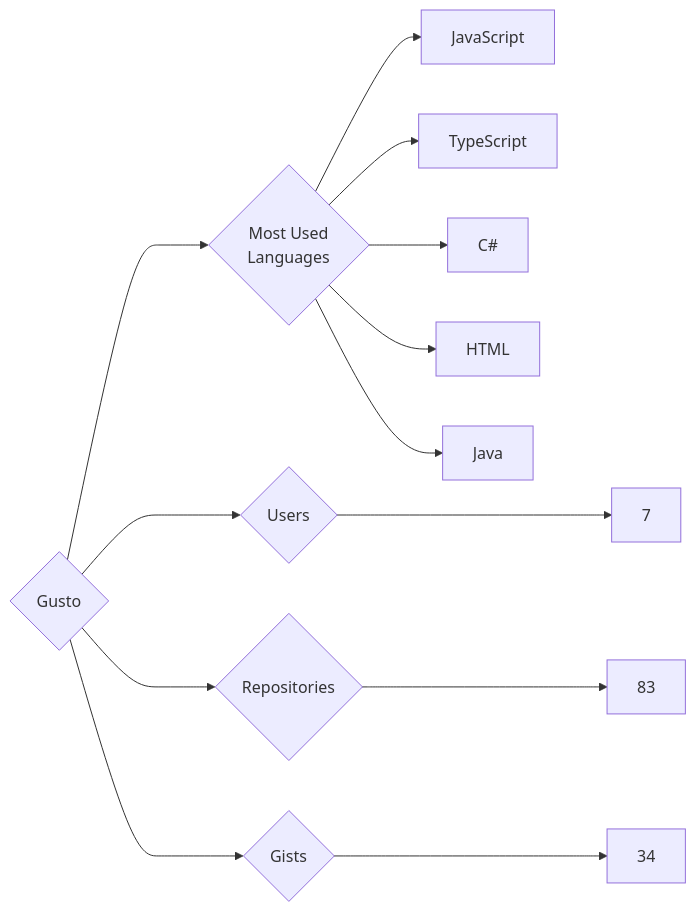
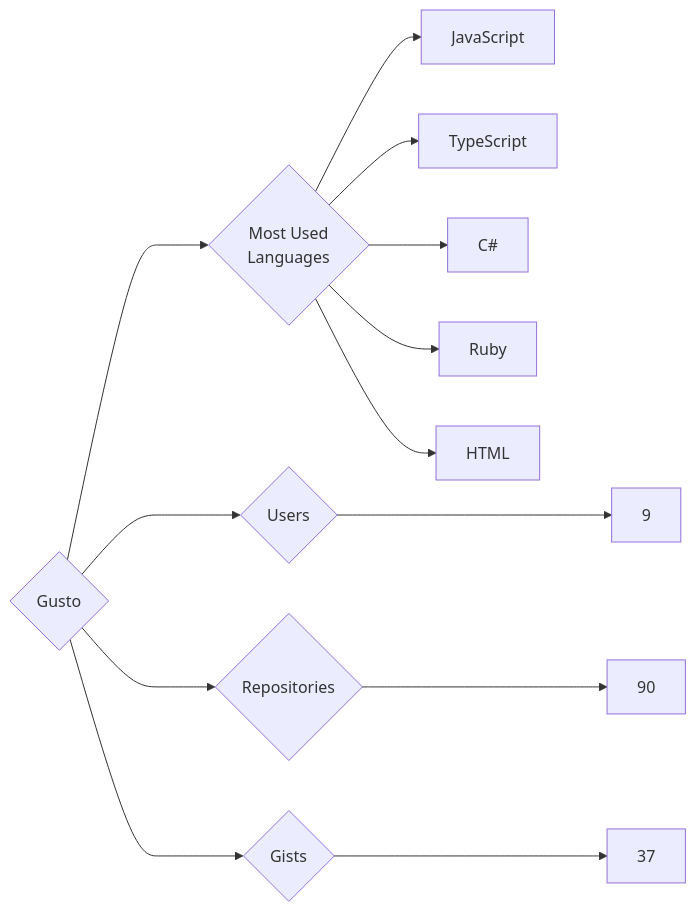
Before and after one commit to trickest/insiders: the diagram in targets/Gusto/README.md, drawn with Mermaid. The commit also changed 934 other files, not shown here.

````diff
--- a/targets/Gusto/README.md
+++ b/targets/Gusto/README.md
@@ -3,13 +3,13 @@
 ```mermaid
 graph LR
 COMPANY_NAME{Gusto}
-COMPANY_NAME ---> U{Users} ---> UN[7]
-COMPANY_NAME ---> R{Repositories} ---> RN[83]
-COMPANY_NAME ---> G{Gists} ---> GN[34]
+COMPANY_NAME ---> U{Users} ---> UN[9]
+COMPANY_NAME ---> R{Repositories} ---> RN[90]
+COMPANY_NAME ---> G{Gists} ---> GN[37]
 COMPANY_NAME ---> ML{Most Used<br>Languages}
 ML --> JavaScript[JavaScript]
 ML --> TypeScript[TypeScript]
 ML --> C#[C#]
+ML --> Ruby[Ruby]
 ML --> HTML[HTML]
-ML --> Java[Java]
 ```
````
